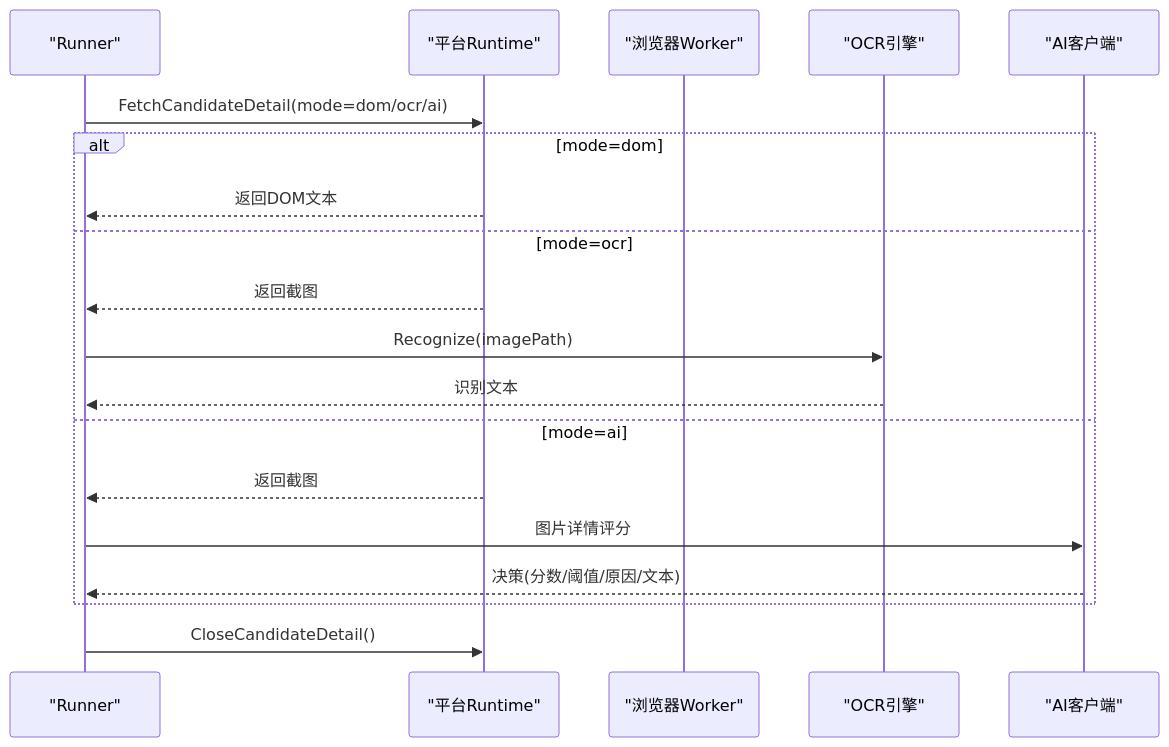
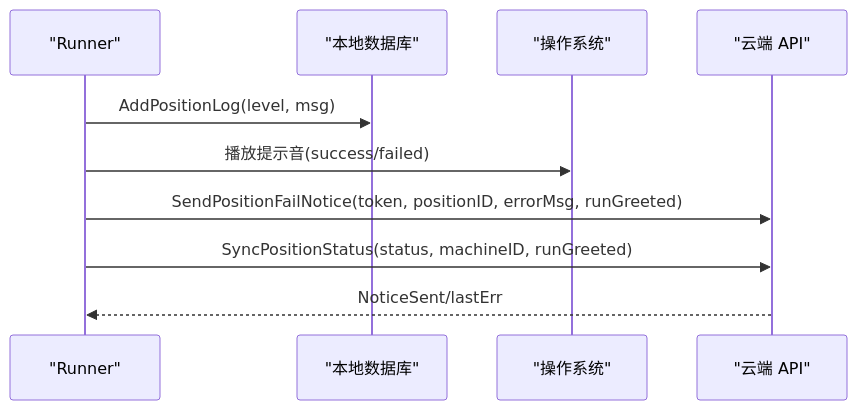
One commit to alvinwangzi/goodhr changed the eighth of 10 diagrams in .qoder/repowiki/zh/content/系统架构/本地Agent架构/任务调度器.md. Above: the diagram before and after it, drawn with Mermaid. The commit also changed other lines of this file and 149 other files, not shown here.

````diff
--- a/.qoder/repowiki/zh/content/系统架构/本地Agent架构/任务调度器.md
+++ b/.qoder/repowiki/zh/content/系统架构/本地Agent架构/任务调度器.md
@@ -186,21 +349,12 @@
 ```mermaid
 sequenceDiagram
-participant R as "Runner"
-participant P as "平台Runtime"
-participant W as "浏览器Worker"
-participant O as "OCR引擎"
-participant A as "AI客户端"
-R->>P : FetchCandidateDetail(mode=dom/ocr/ai)
-alt mode=dom
-P-->>R : 返回DOM文本
-else mode=ocr
-P-->>R : 返回截图
-R->>O : Recognize(imagePath)
-O-->>R : 识别文本
-else mode=ai
-P-->>R : 返回截图
-R->>A : 图片详情评分
-A-->>R : 决策(分数/阈值/原因/文本)
-end
-R->>P : CloseCandidateDetail()
+participant Runner as "Runner"
+participant DB as "本地数据库"
+participant OS as "操作系统"
+participant Cloud as "云端 API"
+Runner->>DB : AddPositionLog(level, msg)
+Runner->>OS : 播放提示音(success/failed)
+Runner->>Cloud : SendPositionFailNotice(token, positionID, errorMsg, runGreeted)
+Runner->>Cloud : SyncPositionStatus(status, machineID, runGreeted)
+Cloud-->>Runner : NoticeSent/lastErr
 ```
````
